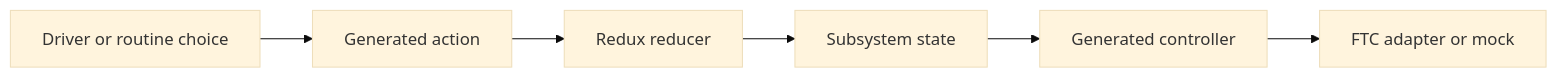
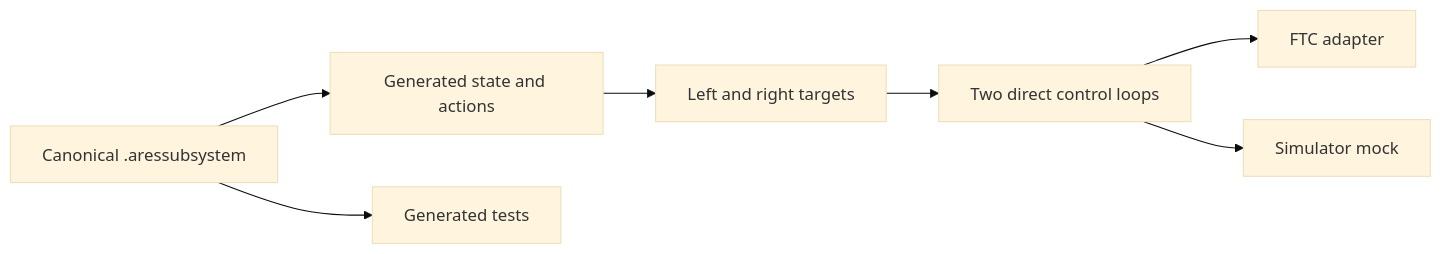
Before and after one commit to ARES-23247/ARESWEB: the diagram in content/learning/current-robot/03-gui-owned-indicator-lights.md, drawn with Mermaid (base theme). The commit also changed other lines of this file and 8 other files, not shown here.

````diff
--- a/content/learning/current-robot/03-gui-owned-indicator-lights.md
+++ b/content/learning/current-robot/03-gui-owned-indicator-lights.md
@@ -24,9 +35,10 @@
 ```mermaid
-%% aria: A TeleOp or autonomous choice sends a generated action through the Redux reducer and controller to either the FTC adapter or simulator mock.
+%% aria: The canonical subsystem descriptor generates independent state, actions, control loops, adapters, mocks, and tests for two indicator lights.
 flowchart LR
-  A["Driver or routine choice"] --> B["Generated action"]
-  B --> C["Redux reducer"]
-  C --> D["Subsystem state"]
-  D --> E["Generated controller"]
-  E --> F["FTC adapter or mock"]
+  A["Canonical .aressubsystem"] --> B["Generated state and actions"]
+  B --> C["Left and right targets"]
+  C --> D["Two direct control loops"]
+  D --> E["FTC adapter"]
+  D --> F["Simulator mock"]
+  A --> G["Generated tests"]
 ```
````
